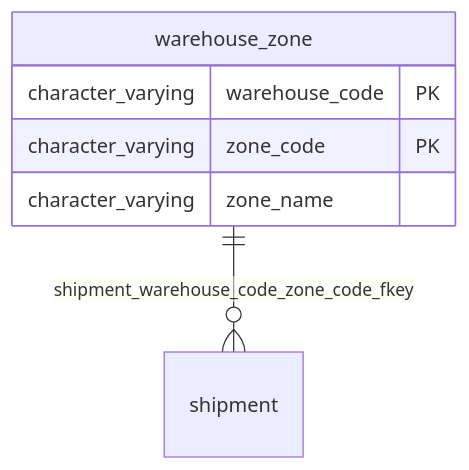
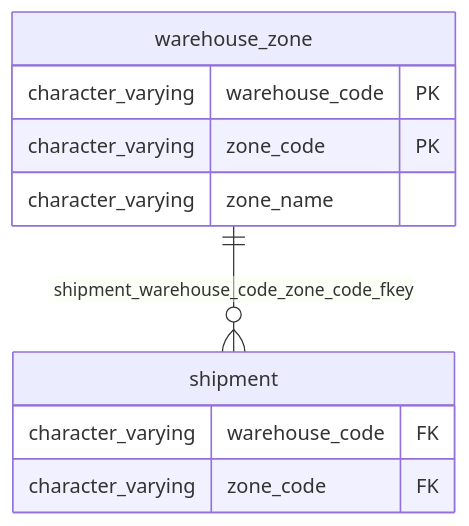
The diagram in docs/sample/postgres/output/testdb/sample/table/warehouse_zone.md (ebichan88/exportTableDefinition), drawn with Mermaid before and after one commit. The commit also changed other lines of this file and 66 other files, not shown here.

First line of the commit message:
Show logical table names and relation columns in ER diagram boxes

````diff
--- a/docs/sample/postgres/output/testdb/sample/table/warehouse_zone.md
+++ b/docs/sample/postgres/output/testdb/sample/table/warehouse_zone.md
@@ -55,11 +55,15 @@
 ```mermaid
 erDiagram
     sample_warehouse_zone["warehouse_zone"]
     sample_shipment["shipment"]
     sample_warehouse_zone ||--o{ sample_shipment : "shipment_warehouse_code_zone_code_fkey"
     sample_warehouse_zone {
         character_varying warehouse_code PK
         character_varying zone_code PK
         character_varying zone_name
     }
+    sample_shipment {
+        character_varying warehouse_code FK
+        character_varying zone_code FK
+    }
 ```
````
